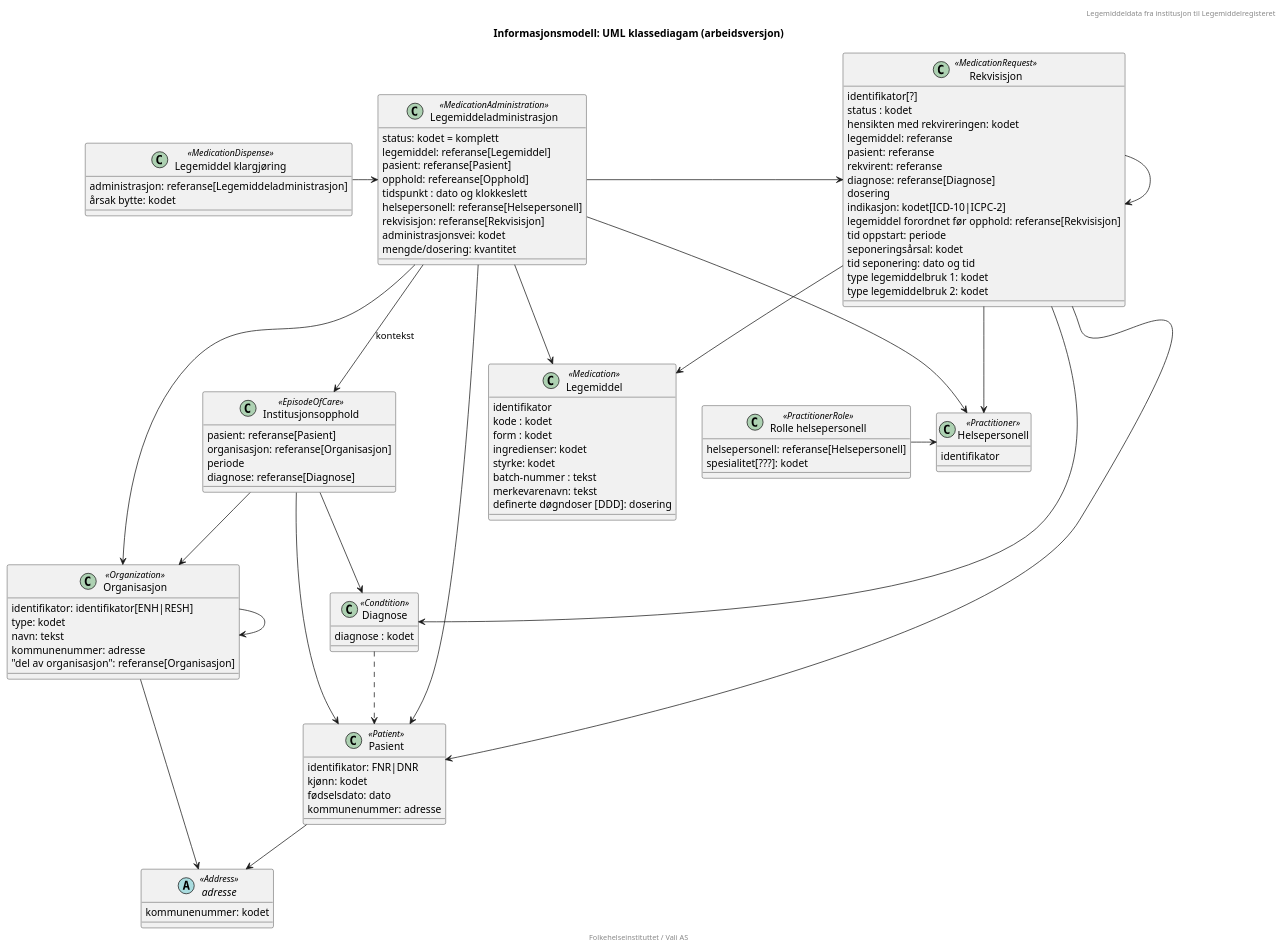
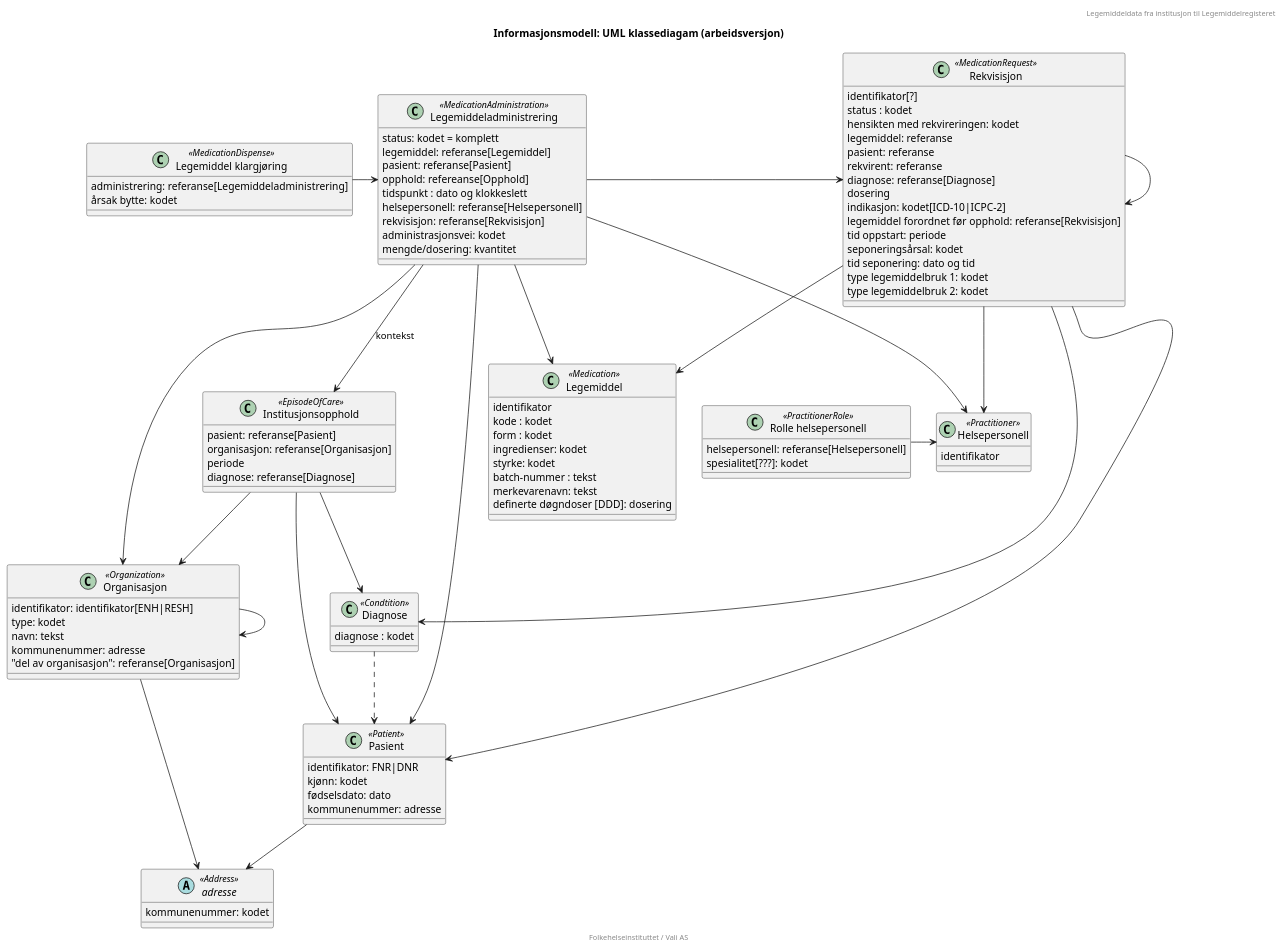
One commit to HL7Norway/LMDI changed the diagram in LMDI/input/images/informasjonsmodell-test.plantuml. Above: the diagram before and after it, drawn with PlantUML. The commit also changed 8 other files, not shown here.

Commit message:
Legemiddeladministrasjon => Legemiddeladministrering

```diff
--- a/LMDI/input/images/informasjonsmodell-test.plantuml
+++ b/LMDI/input/images/informasjonsmodell-test.plantuml
@@ -1,120 +1,120 @@
 @startuml
 
 header "Legemiddeldata fra institusjon til Legemiddelregisteret"
 title "Informasjonsmodell: UML klassediagam (arbeidsversjon)"
 footer "Folkehelseinstituttet / Vali AS"
 
 class Pasient <<Patient>> {
    identifikator: FNR|DNR
    kjønn: kodet
    fødselsdato: dato
    kommunenummer: adresse
 }
 
 Pasient --> adresse
 
-class Legemiddeladministrasjon <<MedicationAdministration>> {
+class Legemiddeladministrering <<MedicationAdministration>> {
    status: kodet = komplett
    legemiddel: referanse[Legemiddel]
    pasient: referanse[Pasient]
    opphold: refereanse[Opphold]
    tidspunkt : dato og klokkeslett
    helsepersonell: referanse[Helsepersonell]
    rekvisisjon: referanse[Rekvisisjon]
    administrasjonsvei: kodet
    mengde/dosering: kvantitet
 }
 
-Legemiddeladministrasjon -> Legemiddel 
-Legemiddeladministrasjon --> Pasient
-Legemiddeladministrasjon --> Helsepersonell
-Legemiddeladministrasjon --> Organisasjon
-Legemiddeladministrasjon -> Rekvisisjon
-Legemiddeladministrasjon --> Institusjonsopphold : kontekst
+Legemiddeladministrering -> Legemiddel 
+Legemiddeladministrering --> Pasient
+Legemiddeladministrering --> Helsepersonell
+Legemiddeladministrering --> Organisasjon
+Legemiddeladministrering -> Rekvisisjon
+Legemiddeladministrering --> Institusjonsopphold : kontekst
 
 class Legemiddel <<Medication>> {
    identifikator
    kode : kodet
    form : kodet
    ingredienser: kodet
    styrke: kodet
    batch-nummer : tekst
    merkevarenavn: tekst
    definerte døgndoser [DDD]: dosering
 }
 
 class Helsepersonell <<Practitioner>> {
    identifikator
 }
 class Organisasjon <<Organization>> {
    identifikator: identifikator[ENH|RESH]
    type: kodet
    navn: tekst
    kommunenummer: adresse
    "del av organisasjon": referanse[Organisasjon]
 }
 
 Organisasjon --> adresse
 Organisasjon --> Organisasjon
 
 class Institusjonsopphold <<EpisodeOfCare>> {
     pasient: referanse[Pasient]
     organisasjon: referanse[Organisasjon]
     periode
     diagnose: referanse[Diagnose]
 }
 
 Institusjonsopphold --> Pasient
 Institusjonsopphold --> Organisasjon
 Institusjonsopphold --> Diagnose
 
 class Diagnose <<Condtition>> {
    diagnose : kodet
 }
 
 Diagnose ..> Pasient
 
 class Rekvisisjon <<MedicationRequest>> {
     identifikator[?]
     status : kodet
     hensikten med rekvireringen: kodet
     legemiddel: referanse
     pasient: referanse
     rekvirent: referanse
     diagnose: referanse[Diagnose]
     dosering
     indikasjon: kodet[ICD-10|ICPC-2]
     legemiddel forordnet før opphold: referanse[Rekvisisjon]
     tid oppstart: periode
     seponeringsårsal: kodet
     tid seponering: dato og tid
     type legemiddelbruk 1: kodet
     type legemiddelbruk 2: kodet
 }
 
 Rekvisisjon --> Diagnose
 Rekvisisjon --> Legemiddel
 Rekvisisjon --> Pasient
 Rekvisisjon --> Helsepersonell
 Rekvisisjon -> Rekvisisjon
 
 class "Legemiddel klargjøring" <<MedicationDispense>> {
-    administrasjon: referanse[Legemiddeladministrasjon]
+    administrering: referanse[Legemiddeladministrering]
     årsak bytte: kodet
 } 
 
-"Legemiddel klargjøring" -> Legemiddeladministrasjon
+"Legemiddel klargjøring" -> Legemiddeladministrering
 
 class "Rolle helsepersonell" <<PractitionerRole>> {
     helsepersonell: referanse[Helsepersonell]
     spesialitet[???]: kodet
 }
 
 "Rolle helsepersonell" -> Helsepersonell
 
 abstract class adresse <<Address>> {
     kommunenummer: kodet
 }
 
 
 @enduml
```
